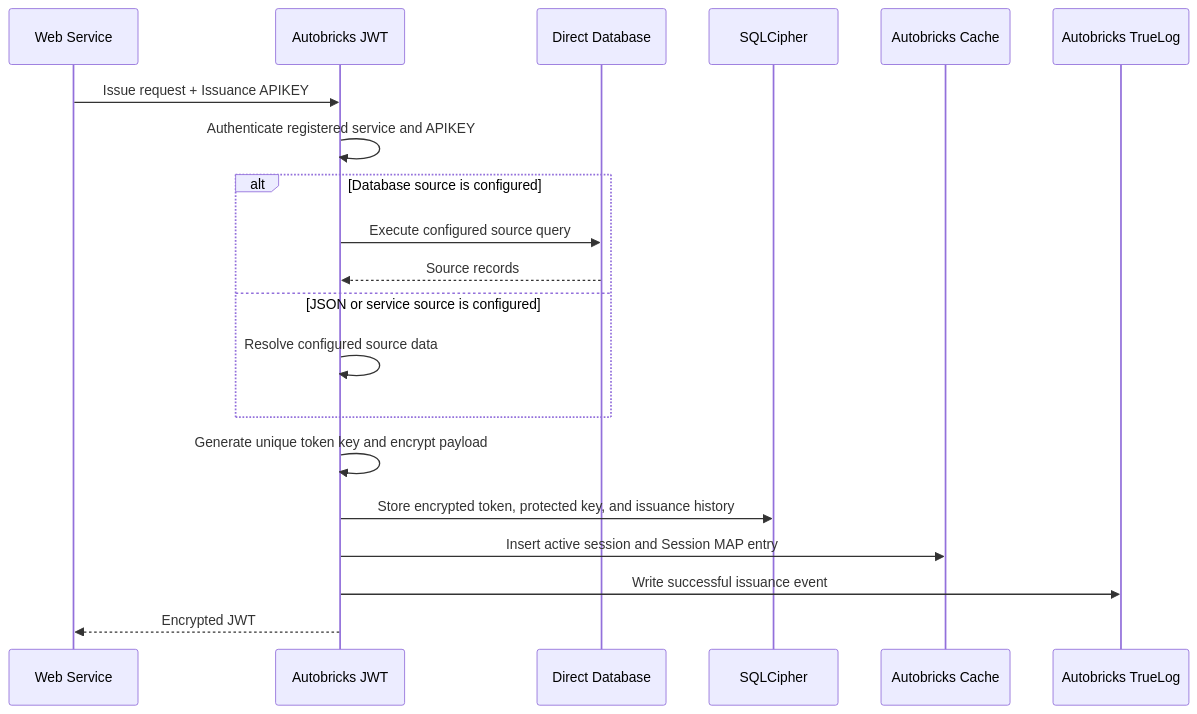
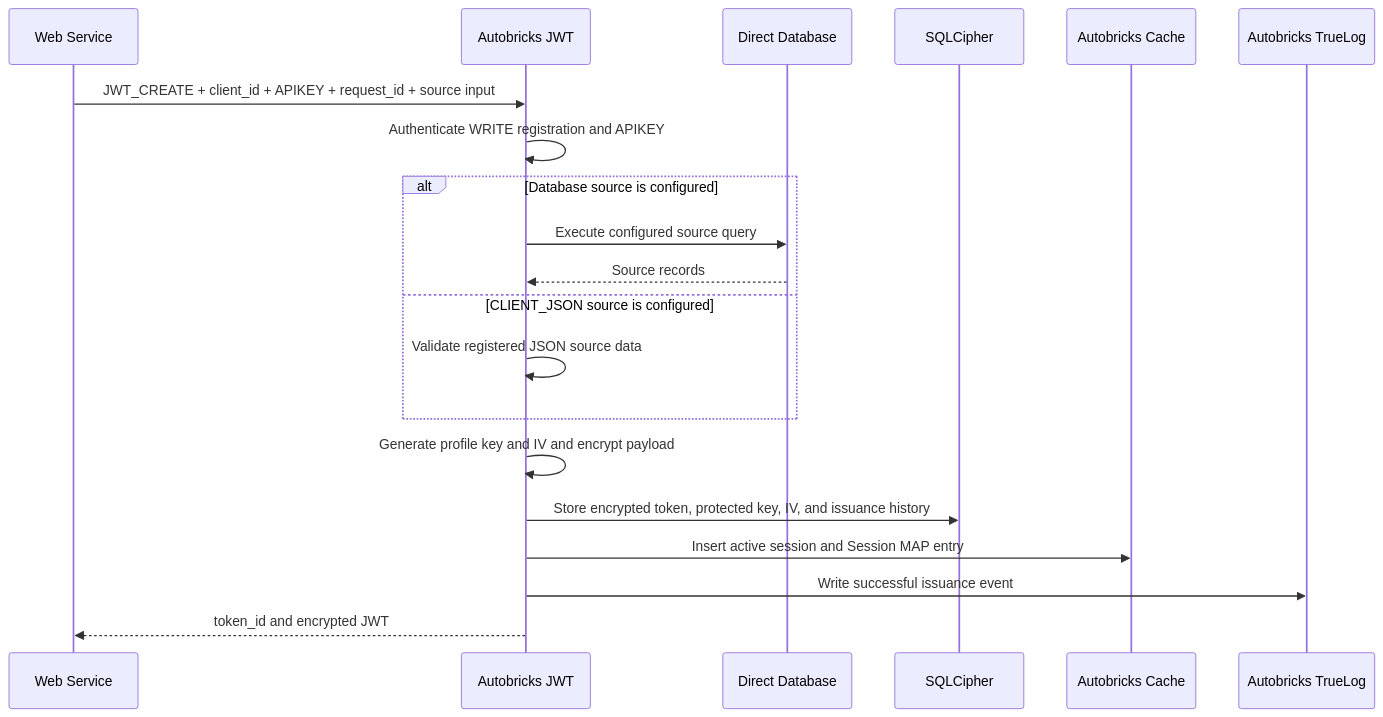
One commit to pregene/autobricks-jwt changed the second of 3 diagrams in ARCHITECTURE.md. Above: the diagram before and after it, drawn with Mermaid. The commit also changed other lines of this file and 12 other files, not shown here.

````diff
--- a/ARCHITECTURE.md
+++ b/ARCHITECTURE.md
@@ -515,23 +517,23 @@
 ```mermaid
 sequenceDiagram
     participant W as Web Service
     participant J as Autobricks JWT
     participant D as Direct Database
     participant S as SQLCipher
     participant C as Autobricks Cache
     participant T as Autobricks TrueLog
 
-    W->>J: Issue request + Issuance APIKEY
-    J->>J: Authenticate registered service and APIKEY
+    W->>J: JWT_CREATE + client_id + APIKEY + request_id + source input
+    J->>J: Authenticate WRITE registration and APIKEY
     alt Database source is configured
         J->>D: Execute configured source query
         D-->>J: Source records
-    else JSON or service source is configured
-        J->>J: Resolve configured source data
+    else CLIENT_JSON source is configured
+        J->>J: Validate registered JSON source data
     end
-    J->>J: Generate unique token key and encrypt payload
-    J->>S: Store encrypted token, protected key, and issuance history
+    J->>J: Generate profile key and IV and encrypt payload
+    J->>S: Store encrypted token, protected key, IV, and issuance history
     J->>C: Insert active session and Session MAP entry
     J->>T: Write successful issuance event
-    J-->>W: Encrypted JWT
+    J-->>W: token_id and encrypted JWT
 ```
````
